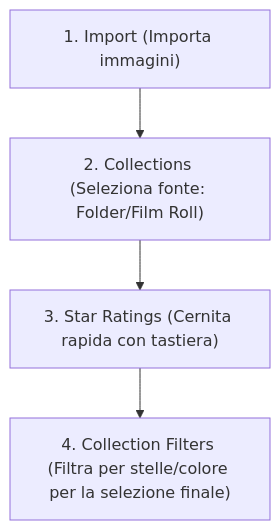
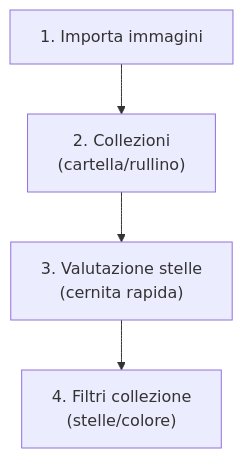
Before and after one commit to lorenzoperone/darktable-docs: the diagram in docs/lighttable/organizzazione.md, drawn with Mermaid. The commit also changed 40 other files, not shown here.

First line of the commit message:
fix: reformatta diagrammi Mermaid — etichette brevi, break line, italiano

````diff
--- a/docs/lighttable/organizzazione.md
+++ b/docs/lighttable/organizzazione.md
@@ -23,4 +23,4 @@
 ```mermaid
 flowchart TD
-    A["1. Import (Importa immagini)"] --> B["2. Collections (Seleziona fonte: Folder/Film Roll)"] --> C["3. Star Ratings (Cernita rapida con tastiera)"] --> D["4. Collection Filters (Filtra per stelle/colore per la selezione finale)"]
+    A["1. Importa immagini"] --> B["2. Collezioni<br/>(cartella/rullino)"] --> C["3. Valutazione stelle<br/>(cernita rapida)"] --> D["4. Filtri collezione<br/>(stelle/colore)"]
 ```
````
